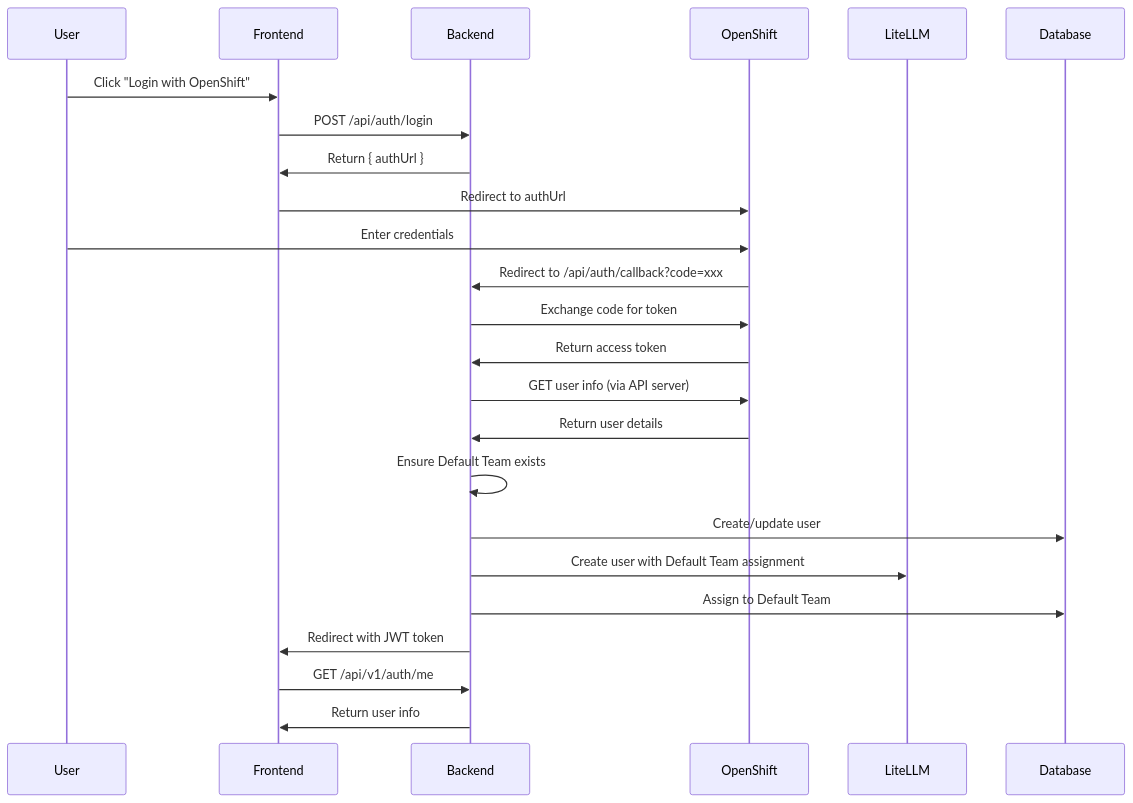
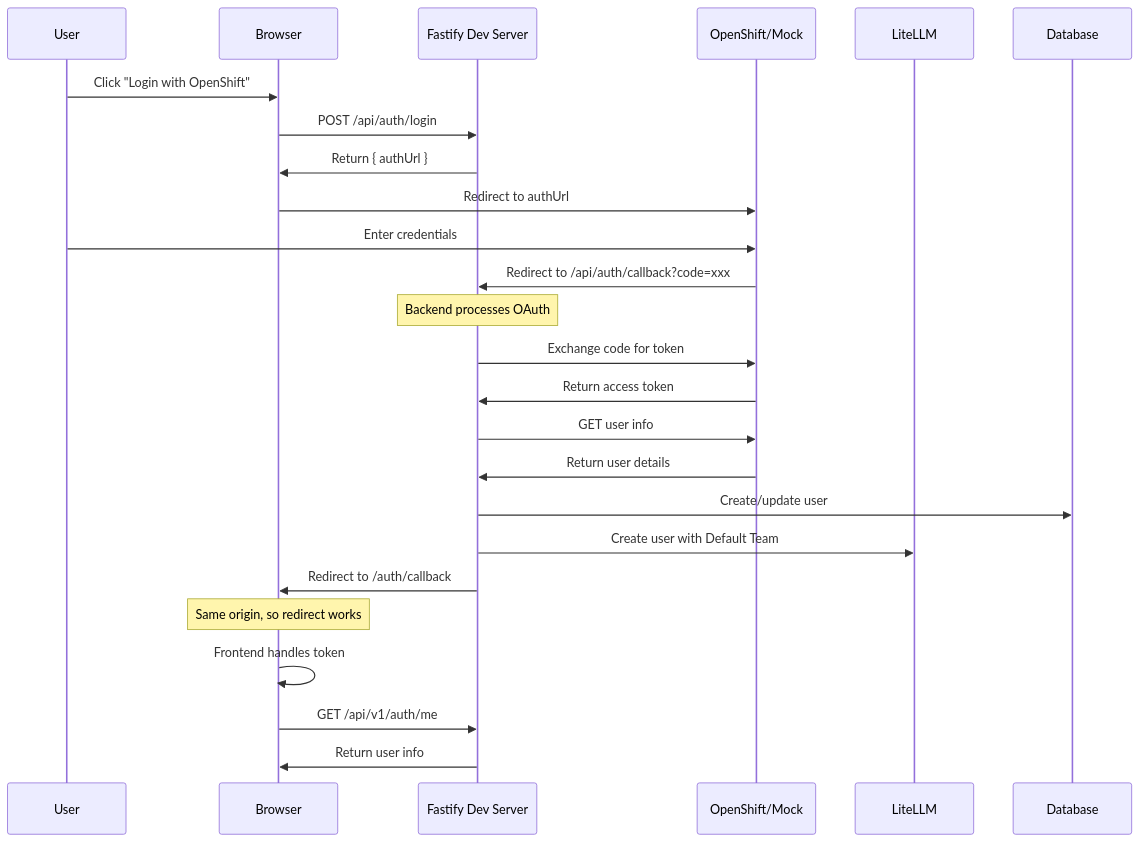
One commit to rh-aiservices-bu/litemaas changed the first of 2 diagrams in docs/features/authentication-flow.md. Above: the diagram before and after it, drawn with Mermaid. The commit also changed other lines of this file and 21 other files, not shown here.

First line of the commit message:
Enhances OAuth flow with dynamic callback

````diff
--- a/docs/features/authentication-flow.md
+++ b/docs/features/authentication-flow.md
@@ -33,27 +37,28 @@
 ```mermaid
 sequenceDiagram
     participant User
-    participant Frontend
-    participant Backend
-    participant OpenShift
+    participant Browser
+    participant Fastify Dev Server
+    participant OpenShift/Mock
     participant LiteLLM
     participant Database
 
-    User->>Frontend: Click "Login with OpenShift"
-    Frontend->>Backend: POST /api/auth/login
-    Backend->>Frontend: Return { authUrl }
-    Frontend->>OpenShift: Redirect to authUrl
-    User->>OpenShift: Enter credentials
-    OpenShift->>Backend: Redirect to /api/auth/callback?code=xxx
-    Backend->>OpenShift: Exchange code for token
-    OpenShift->>Backend: Return access token
-    Backend->>OpenShift: GET user info (via API server)
-    OpenShift->>Backend: Return user details
-    Backend->>Backend: Ensure Default Team exists
-    Backend->>Database: Create/update user
-    Backend->>LiteLLM: Create user with Default Team assignment
-    Backend->>Database: Assign to Default Team
-    Backend->>Frontend: Redirect with JWT token
-    Frontend->>Backend: GET /api/v1/auth/me
-    Backend->>Frontend: Return user info
+    User->>Browser: Click "Login with OpenShift"
+    Browser->>Fastify Dev Server: POST /api/auth/login
+    Fastify Dev Server->>Browser: Return { authUrl }
+    Browser->>OpenShift/Mock: Redirect to authUrl
+    User->>OpenShift/Mock: Enter credentials
+    OpenShift/Mock->>Fastify Dev Server: Redirect to /api/auth/callback?code=xxx
+    Note over Fastify Dev Server: Backend processes OAuth
+    Fastify Dev Server->>OpenShift/Mock: Exchange code for token
+    OpenShift/Mock->>Fastify Dev Server: Return access token
+    Fastify Dev Server->>OpenShift/Mock: GET user info
+    OpenShift/Mock->>Fastify Dev Server: Return user details
+    Fastify Dev Server->>Database: Create/update user
+    Fastify Dev Server->>LiteLLM: Create user with Default Team
+    Fastify Dev Server->>Browser: Redirect to /auth/callback#token=xxx
+    Note over Browser: Same origin, so redirect works
+    Browser->>Browser: Frontend handles token
+    Browser->>Fastify Dev Server: GET /api/v1/auth/me
+    Fastify Dev Server->>Browser: Return user info
 ```
````
